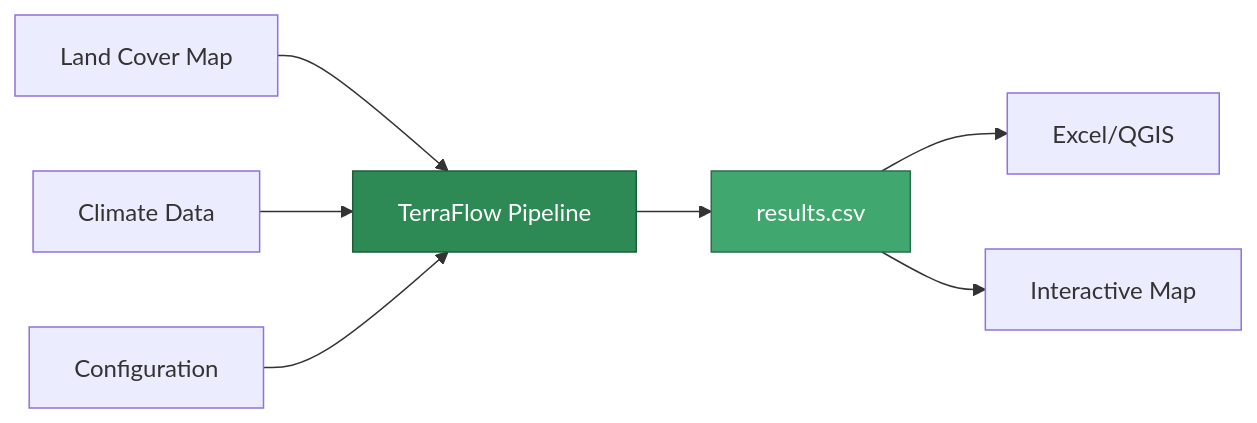
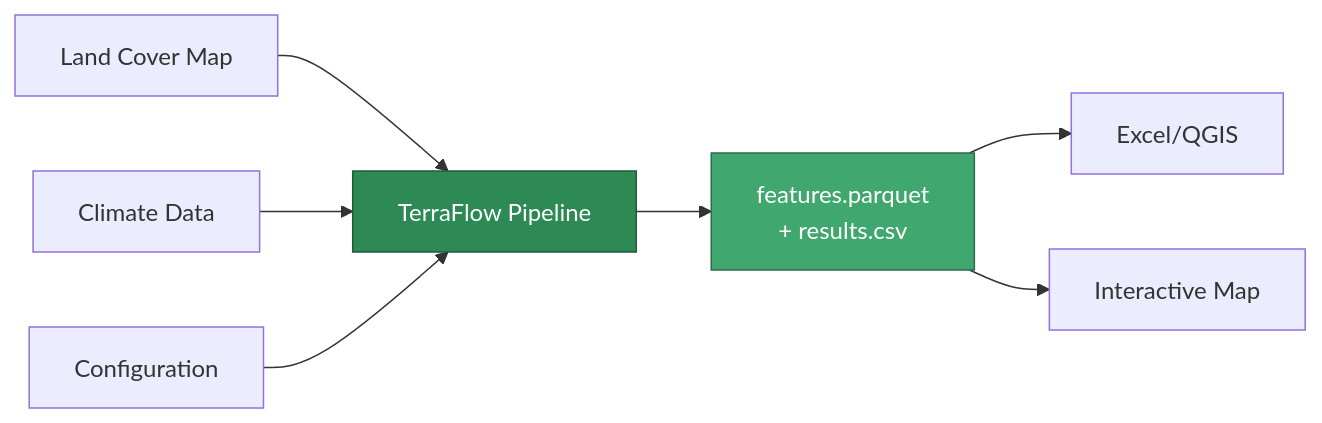
The diagram in docs/field-guide.md (gmarupilla/AgroTerraFlow), drawn with Mermaid before and after one commit. The commit also changed 3 other files, not shown here.

First line of the commit message:
docs: architecture diagrams — full v0.5.0 sweep (#158)

````diff
--- a/docs/field-guide.md
+++ b/docs/field-guide.md
@@ -27,12 +27,12 @@
 ```mermaid
 flowchart LR
     A[Land Cover Map] --> D[TerraFlow Pipeline]
     B[Climate Data] --> D
     C[Configuration] --> D
-    D --> E[results.csv]
+    D --> E[features.parquet<br/>+ results.csv]
     E --> F[Excel/QGIS]
     E --> G[Interactive Map]
     
     style D fill:#2d8a55,stroke:#1e5c3a,color:#fff
     style E fill:#40a86e,stroke:#2d6a4f,color:#fff
 ```
````
